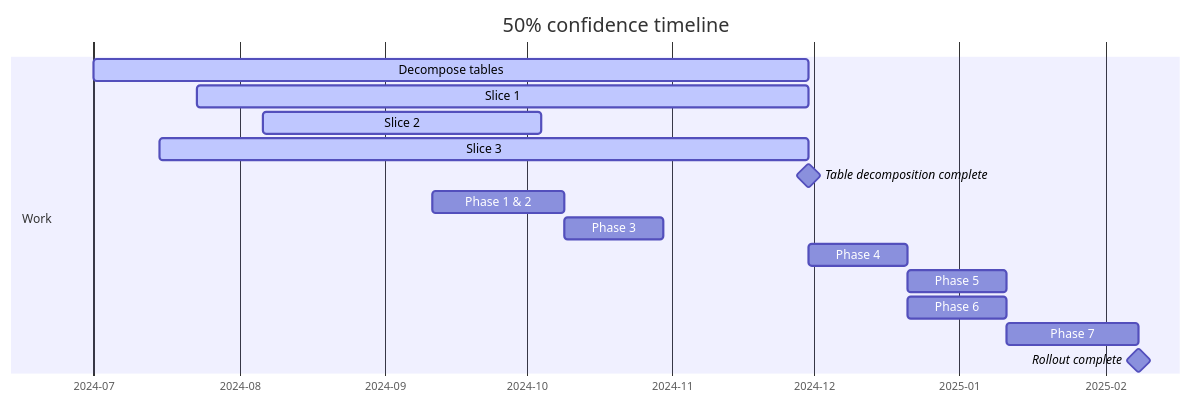
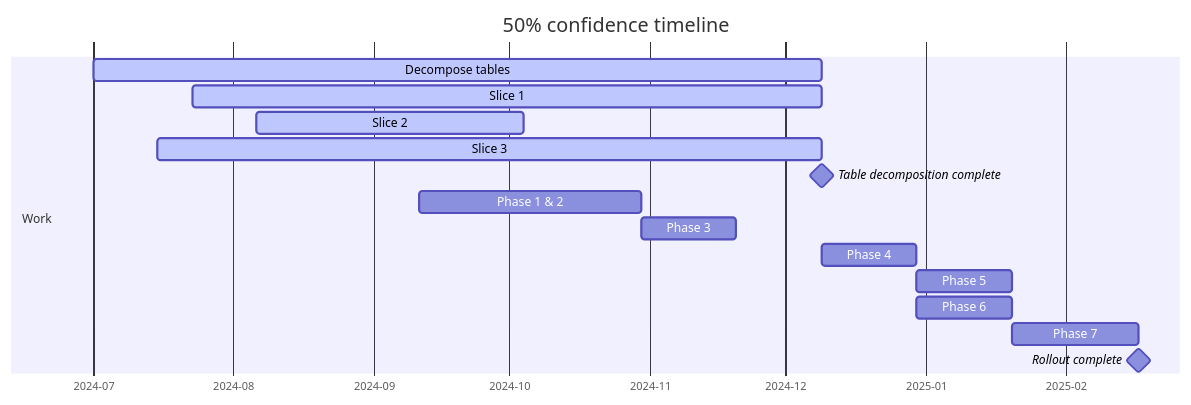
The diagram in content/handbook/company/working-groups/secure-govern-database-decomposition/_index.md (secretstartups/handbook), drawn with Mermaid before and after one commit. The commit also changed other lines of this file, not shown here.

Commit message:
Progress update for Sec DB decomposition WG

````diff
--- a/content/handbook/company/working-groups/secure-govern-database-decomposition/_index.md
+++ b/content/handbook/company/working-groups/secure-govern-database-decomposition/_index.md
@@ -99,20 +99,20 @@
 ```mermaid
 gantt
 dateFormat YYYY-MM-DD
 title 50% confidence timeline
 
 section Work
-Decompose tables :active , decompose, 2024-07-01, 2024-11-30
-Slice 1 :active, slice1, 2024-07-23, 2024-11-30
+Decompose tables :active , decompose, 2024-07-01, 2024-12-09
+Slice 1 :active, slice1, 2024-07-23, 2024-12-09
 Slice 2 :active, slice2, 2024-08-06, 2024-10-04
-Slice 3 :active, slice3, 2024-07-15, 2024-11-30
+Slice 3 :active, slice3, 2024-07-15, 2024-12-09
 Table decomposition complete :milestone, allslices, after slice1 slice2 slice3, 0d
-Phase 1 & 2 : phase12, 2024-09-11, 4w
+Phase 1 & 2 : phase12, 2024-09-11, 7w
 Phase 3 : phase3, after phase12, 3w
-Phase 4 : phase4, after allslices phase3, 3w
+Phase 4 : phase4, after allslices phase3 decompose, 3w
 Phase 5 : phase5, after phase4, 3w
 Phase 6 : phase6, after phase4, 3w
 Phase 7 : phase7, after phase6, 4w
 Rollout complete :milestone, rollout, after phase7, 0d
 axisFormat  %Y-%m
 ```
````
